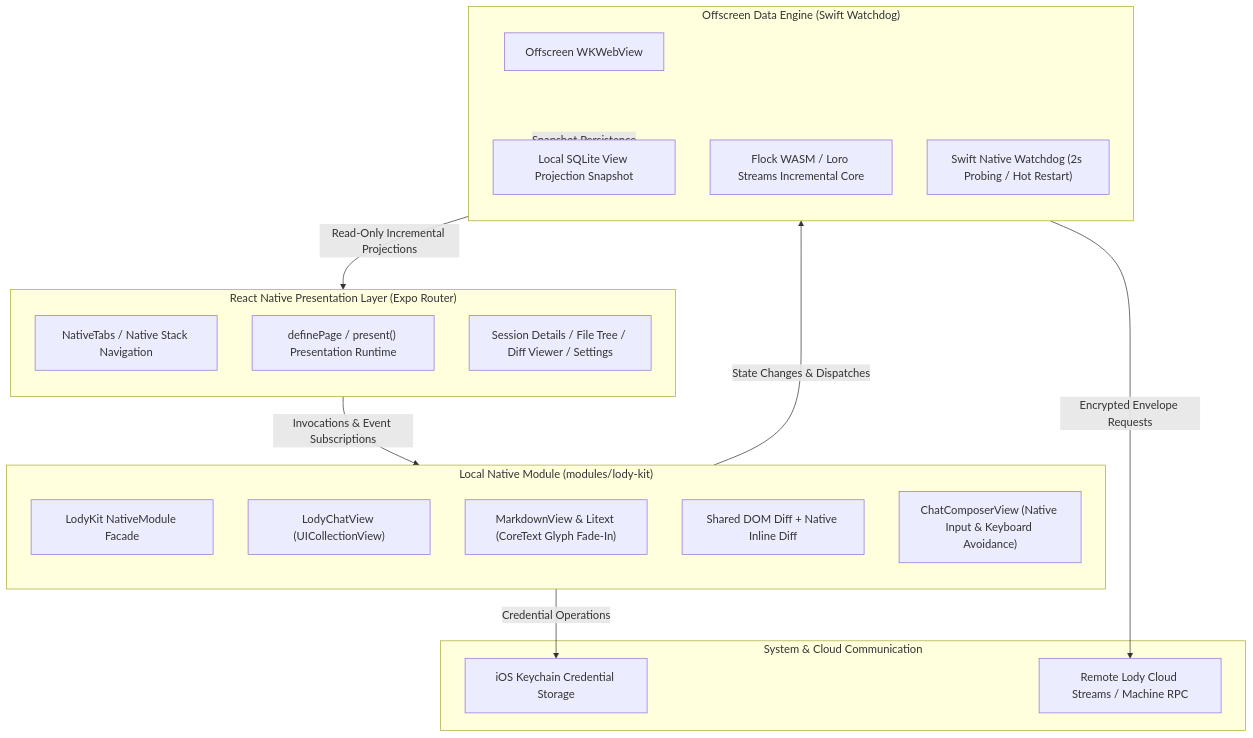
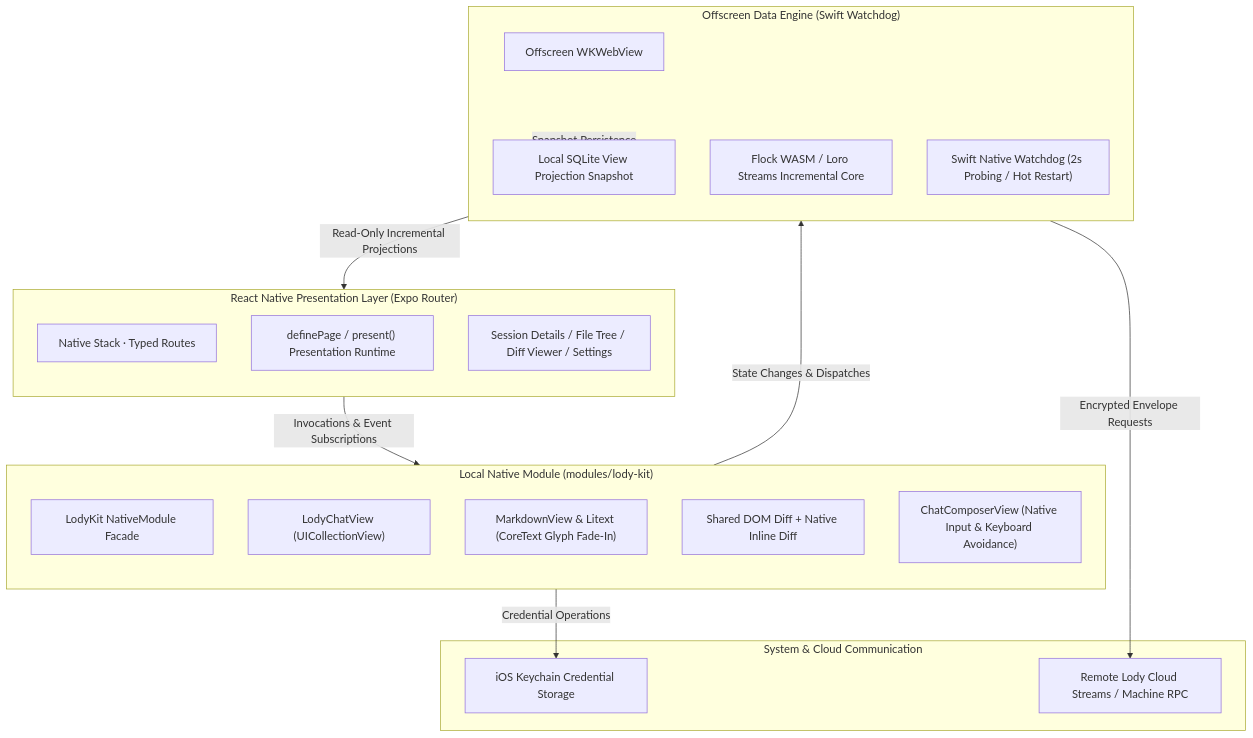
Before and after one commit to Eric-Song-Nop/lody-ios: the diagram in README.md, drawn with Mermaid. The commit also changed other lines of this file, not shown here.

````diff
--- a/README.md
+++ b/README.md
@@ -75,38 +76,38 @@
 ```mermaid
 flowchart TB
     subgraph UI ["React Native Presentation Layer (Expo Router)"]
         direction TB
-        Tabs["NativeTabs / Native Stack Navigation"]
+        Nav["Native Stack · Typed Routes"]
         Presentation["definePage / present() Presentation Runtime"]
         Screens["Session Details / File Tree / Diff Viewer / Settings"]
     end
 
     subgraph NativeKit ["Local Native Module (modules/lody-kit)"]
         direction TB
         LodyKitModule["LodyKit NativeModule Facade"]
         ChatView["LodyChatView (UICollectionView)"]
         Markdown["MarkdownView & Litext (CoreText Glyph Fade-In)"]
         DiffView["Shared DOM Diff + Native Inline Diff"]
         Composer["ChatComposerView (Native Input & Keyboard Avoidance)"]
     end
 
     subgraph DataEngine ["Offscreen Data Engine (Swift Watchdog)"]
         direction TB
         OffscreenWV["Offscreen WKWebView"]
         Flock["Flock WASM / Loro Streams Incremental Core"]
         Watchdog["Swift Native Watchdog (2s Probing / Hot Restart)"]
         SQLite["Local SQLite View Projection Snapshot"]
     end
 
     subgraph External ["System & Cloud Communication"]
         Keychain["iOS Keychain Credential Storage"]
         CloudStreams["Remote Lody Cloud Streams / Machine RPC"]
     end
 
     UI -->|"Invocations & Event Subscriptions"| NativeKit
     NativeKit -->|"State Changes & Dispatches"| DataEngine
     DataEngine -->|"Read-Only Incremental Projections"| UI
     DataEngine -->|"Encrypted Envelope Requests"| CloudStreams
     DataEngine -->|"Snapshot Persistence"| SQLite
     NativeKit -->|"Credential Operations"| Keychain
 ```
````
